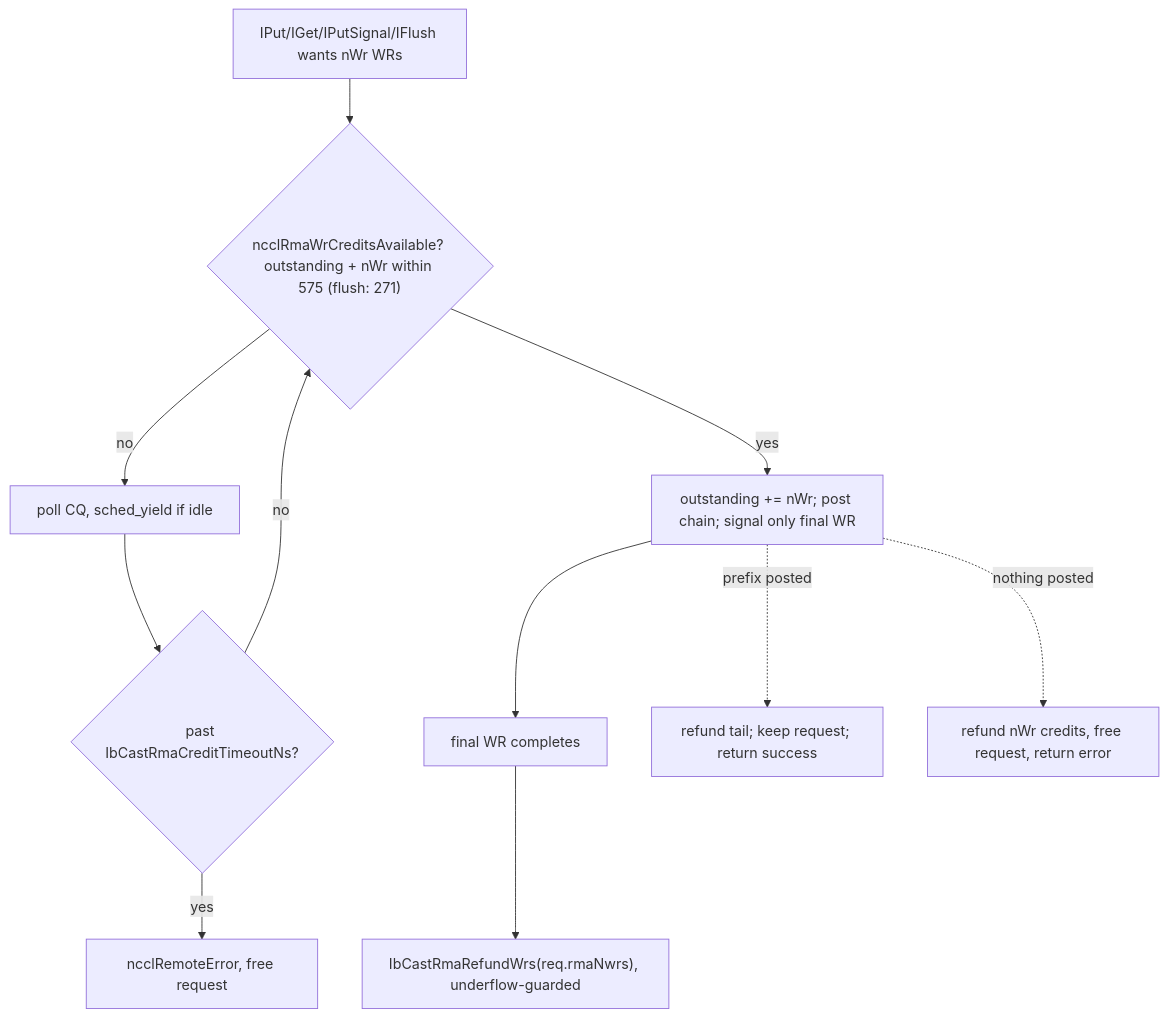
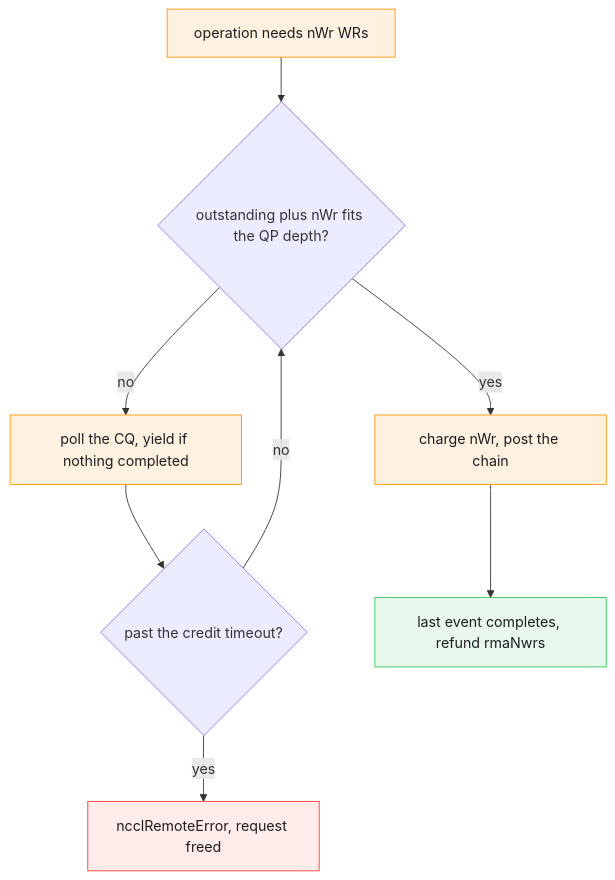
One commit to ROCm/rocm-systems changed the diagram in projects/rccl/docs/design/multi_segment_netib_cast_gin.md. Above: the diagram before and after it, drawn with Mermaid. The commit also changed other lines of this file and 18 other files, not shown here.

````diff
--- a/projects/rccl/docs/design/multi_segment_netib_cast_gin.md
+++ b/projects/rccl/docs/design/multi_segment_netib_cast_gin.md
@@ -258,13 +58,16 @@
 ```mermaid
 flowchart TD
-  OP["IPut/IGet/IPutSignal/IFlush wants nWr WRs"] --> C{"ncclRmaWrCreditsAvailable? outstanding + nWr within 575 (flush: 271)"}
-  C -->|no| P["poll CQ, sched_yield if idle"]
-  P --> T{"past IbCastRmaCreditTimeoutNs?"}
-  T -->|no| C
-  T -->|yes| TO["ncclRemoteError, free request"]
-  C -->|yes| A["outstanding += nWr; post chain; signal only final WR"]
-  A --> D["final WR completes"]
-  D --> Rel["IbCastRmaRefundWrs(req.rmaNwrs), underflow-guarded"]
-  A -.prefix posted.-> K["refund tail; keep request; return success"]
-  A -.nothing posted.-> RB["refund nWr credits, free request, return error"]
+ r["operation needs nWr WRs"] --> c{"outstanding plus nWr fits the QP depth?"}
+ c -->|no| p["poll the CQ, yield if nothing completed"]
+ p --> t{"past the credit timeout?"}
+ t -->|no| c
+ t -->|yes| e["ncclRemoteError, request freed"]
+ c -->|yes| a["charge nWr, post the chain"]
+ a --> d["last event completes, refund rmaNwrs"]
+ classDef ibcast fill:#fff1e0,stroke:#ff9500,color:#1d1d1f
+ classDef okpath fill:#e8f8ec,stroke:#34c759,color:#1d1d1f
+ classDef failpath fill:#ffeceb,stroke:#ff3b30,color:#1d1d1f
+ class r,p,a ibcast
+ class d okpath
+ class e failpath
 ```
````
